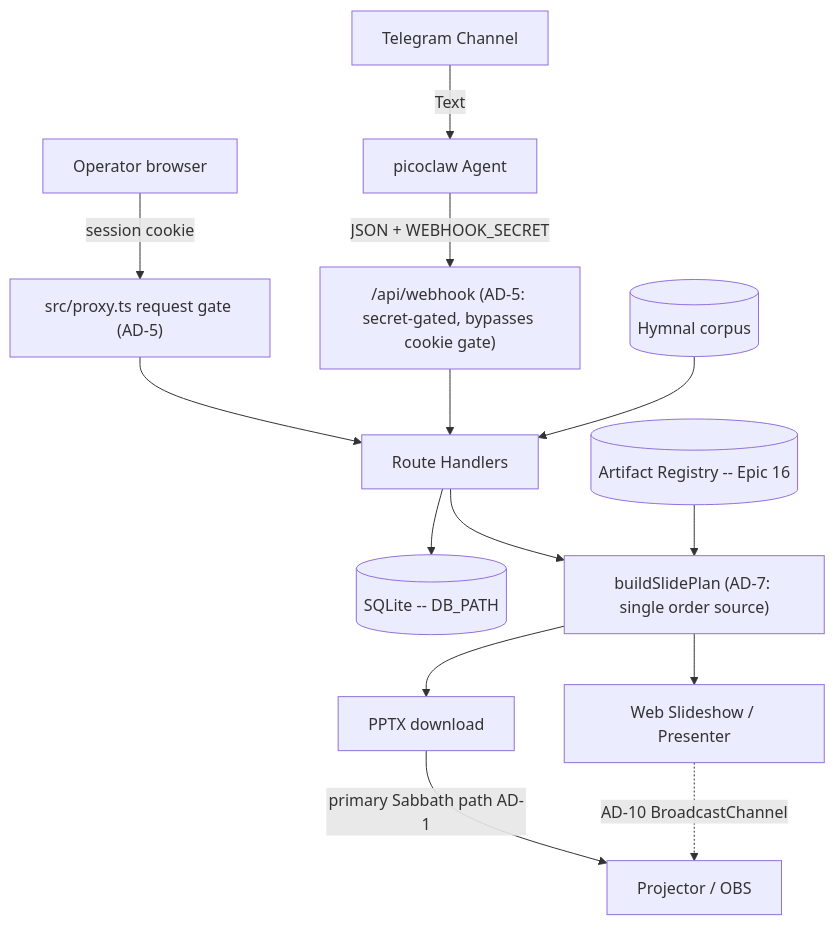
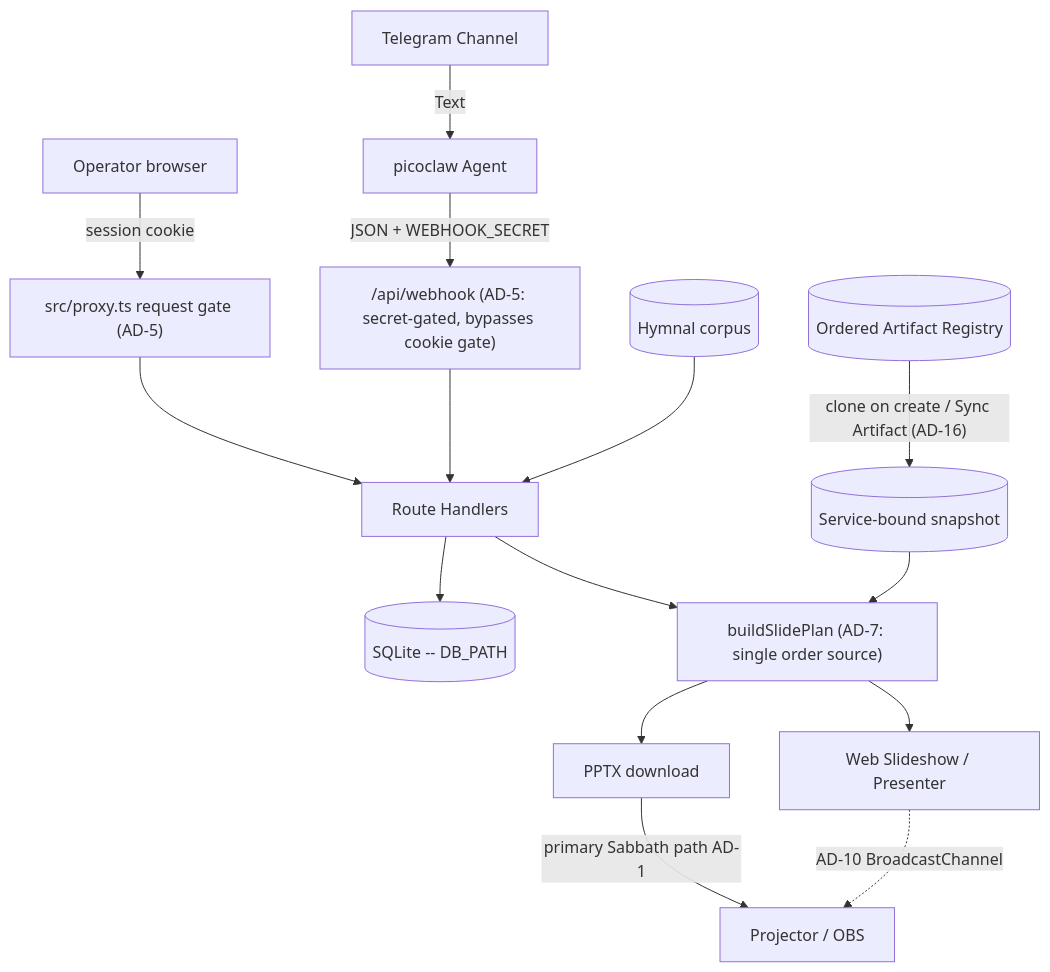
Before and after one commit to kodesh87/worship-presenter-web: the first of 2 diagrams in _bmad-output/planning-artifacts/architecture/architecture-bic-pptx-workflow-2026-07-10/ARCHITECTURE-SPINE.md, drawn with Mermaid. The commit also changed other lines of this file and 24 other files, not shown here.

````diff
--- a/_bmad-output/planning-artifacts/architecture/architecture-bic-pptx-workflow-2026-07-10/ARCHITECTURE-SPINE.md
+++ b/_bmad-output/planning-artifacts/architecture/architecture-bic-pptx-workflow-2026-07-10/ARCHITECTURE-SPINE.md
@@ -105,16 +208,17 @@
 ```mermaid
 graph TD
     Telegram[Telegram Channel] -->|Text| Picoclaw[picoclaw Agent]
     Picoclaw -->|JSON + WEBHOOK_SECRET| Webhook["/api/webhook (AD-5: secret-gated, bypasses cookie gate)"]
     Operator[Operator browser] -->|session cookie| Gate["src/proxy.ts request gate (AD-5)"]
     Gate --> API[Route Handlers]
     Webhook --> API
     API --> DB[(SQLite -- DB_PATH)]
     Hymnal[(Hymnal corpus)] --> API
     API --> Plan["buildSlidePlan (AD-7: single order source)"]
-    Registry[(Artifact Registry -- Epic 16)] --> Plan
+    Registry[(Ordered Artifact Registry)] -->|"clone on create / Sync Artifact (AD-16)"| Snap[(Service-bound snapshot)]
+    Snap --> Plan
     Plan --> PPTX[PPTX download]
     Plan --> WebShow[Web Slideshow / Presenter]
     PPTX -->|primary Sabbath path AD-1| Projector[Projector / OBS]
     WebShow -.->|AD-10 BroadcastChannel| Projector
 ```
````
